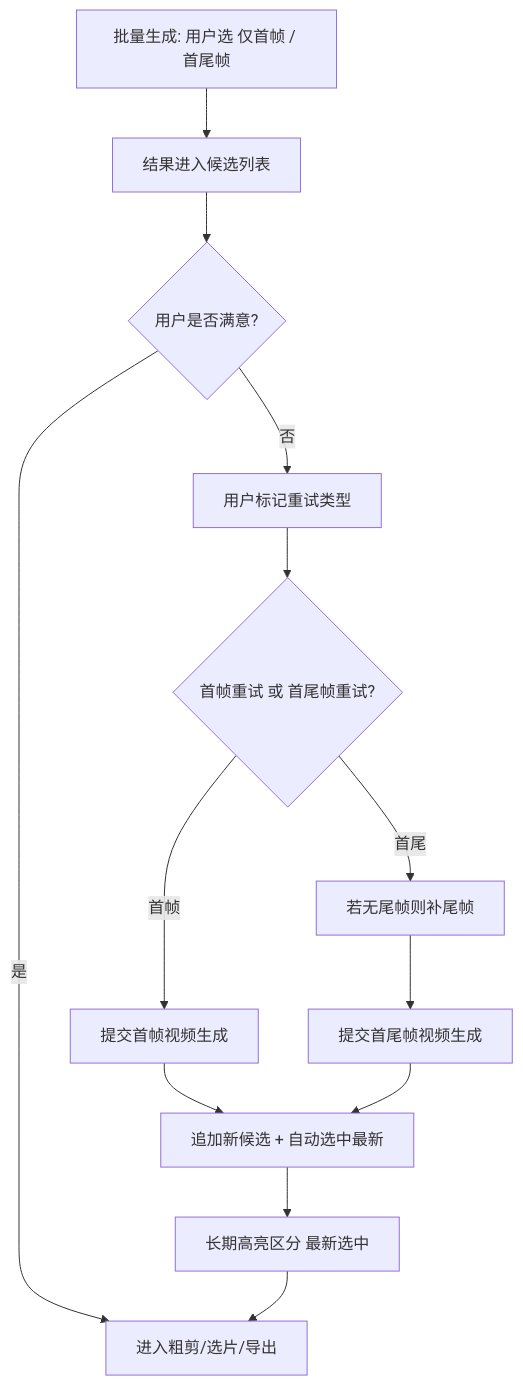
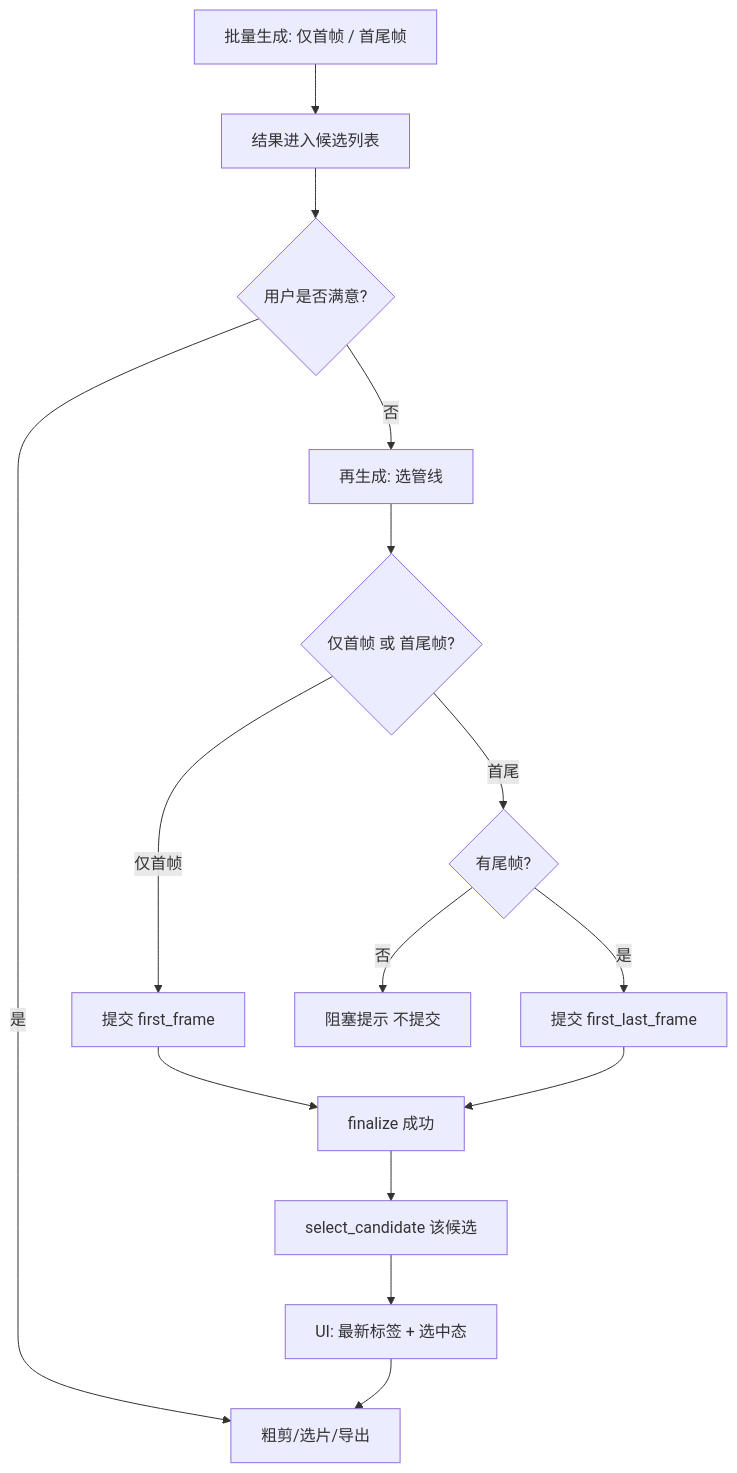
The diagram in docs/superpowers/specs/2025-03-26-video-generation-modes-retry-design.md (astroleno/fv_autovidu), drawn with Mermaid before and after one commit. The commit also changed other lines of this file and 1 other file, not shown here.

````diff
--- a/docs/superpowers/specs/2025-03-26-video-generation-modes-retry-design.md
+++ b/docs/superpowers/specs/2025-03-26-video-generation-modes-retry-design.md
@@ -48,15 +89,17 @@
 ```mermaid
 flowchart TD
-  B[批量生成: 用户选 仅首帧 / 首尾帧] --> R[结果进入候选列表]
+  B[批量生成: 仅首帧 / 首尾帧] --> R[结果进入候选列表]
   R --> U{用户是否满意?}
-  U -->|是| T[进入粗剪/选片/导出]
-  U -->|否| M[用户标记重试类型]
-  M --> F{首帧重试 或 首尾帧重试?}
-  F -->|首帧| I[提交首帧视频生成]
-  F -->|首尾| E[若无尾帧则补尾帧]
-  E --> L[提交首尾帧视频生成]
-  I --> A[追加新候选 + 自动选中最新]
+  U -->|是| T[粗剪/选片/导出]
+  U -->|否| M[再生成: 选管线]
+  M --> F{仅首帧 或 首尾帧?}
+  F -->|仅首帧| I[提交 first_frame]
+  F -->|首尾| C{有尾帧?}
+  C -->|否| X[阻塞提示 不提交]
+  C -->|是| L[提交 first_last_frame]
+  I --> A[finalize 成功]
   L --> A
-  A --> H[长期高亮区分 最新选中]
-  H --> T
+  A --> S[select_candidate 该候选]
+  S --> V[UI: 最新标签 + 选中态]
+  V --> T
 ```
````
